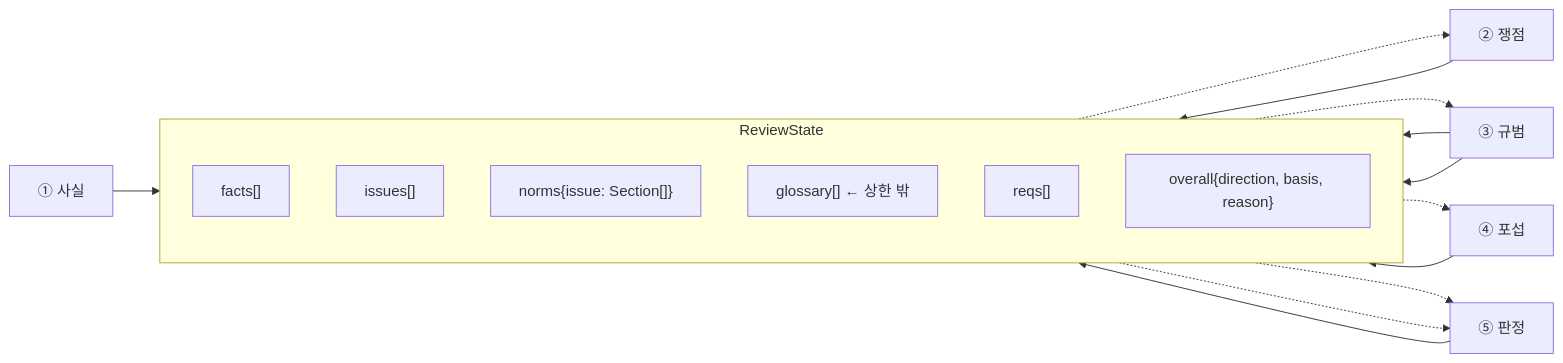
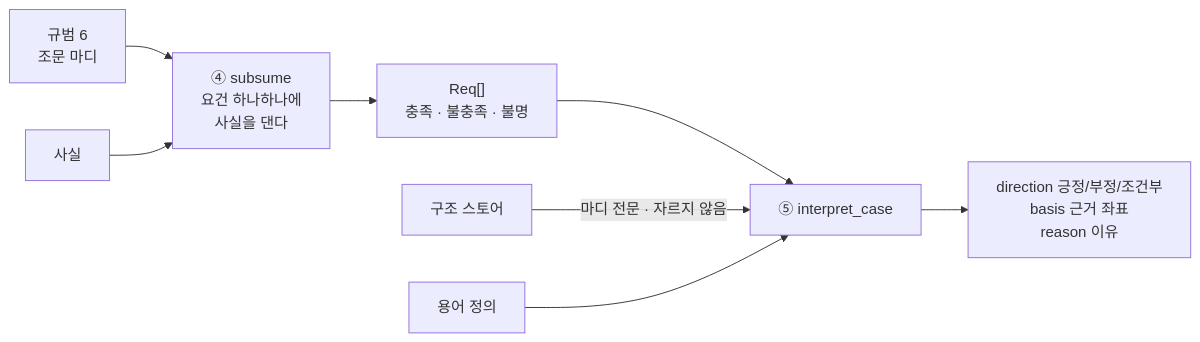
The ninth of 9 diagrams in docs/ARCH_SYSTEM.md (Fromson99/8agent), drawn with Mermaid before and after one commit. The commit also changed other lines of this file and 2 other files, not shown here.

````diff
--- a/docs/ARCH_SYSTEM.md
+++ b/docs/ARCH_SYSTEM.md
@@ -251,23 +441,10 @@
 ```mermaid
 flowchart LR
-  subgraph RS["ReviewState"]
-    direction TB
-    F1["facts[]"]
-    F2["issues[]"]
-    F3["norms{issue: Section[]}"]
-    F4["glossary[]  ← 상한 밖"]
-    F5["reqs[]"]
-    F6["overall{direction, basis, reason}"]
-  end
-  S1["① 사실"] --> F1
-  S2["② 쟁점"] --> F2
-  S3["③ 규범"] --> F3
-  S3 --> F4
-  S4["④ 포섭"] --> F5
-  S5["⑤ 판정"] --> F6
-  F1 -.-> S2
-  F2 -.-> S3
-  F3 -.-> S4
-  F4 -.-> S5
-  F5 -.-> S5
+  N["규범 6<br/>조문 마디"] --> SB["④ subsume<br/>요건 하나하나에<br/>사실을 댄다"]
+  FA["사실"] --> SB
+  SB --> RQ["Req[]<br/>충족 · 불충족 · 불명"]
+  RQ --> JD["⑤ interpret_case"]
+  IDX["구조 스토어"] -->|"마디 전문 · 자르지 않음"| JD
+  GL["용어 정의"] --> JD
+  JD --> O["direction 긍정/부정/조건부<br/>basis 근거 좌표<br/>reason 이유"]
 ```
````
